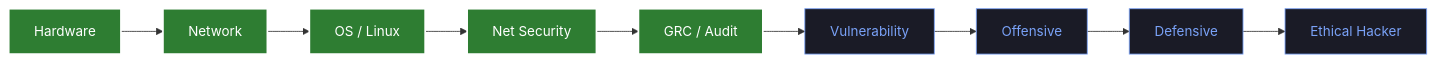
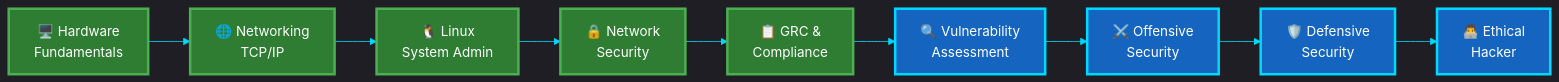
One commit to veera-crt/veera-crt changed the diagram in README.md. Above: the diagram before and after it, drawn with Mermaid. The commit also changed other lines of this file, not shown here.

````diff
--- a/README.md
+++ b/README.md
@@ -41,17 +124,22 @@
 ```mermaid
+%%{init: {'theme':'dark', 'themeVariables': { 'primaryColor':'#00d9ff','primaryTextColor':'#fff','primaryBorderColor':'#00d9ff','lineColor':'#00d9ff','secondaryColor':'#1a1e22','tertiaryColor':'#0d1117'}}}%%
 graph LR
-    A[Hardware] --> B[Network]
-    B --> C[OS / Linux]
-    C --> D[Net Security]
-    D --> E[GRC / Audit]
-    E --> F[Vulnerability]
-    F --> G[Offensive]
-    G --> H[Defensive]
-    H --> I[Ethical Hacker]
-
-    classDef done fill:#2e7d32,stroke:#fff,stroke-width:2px,color:#fff
-    classDef current fill:#1a1b26,stroke:#7aa2f7,stroke-width:1px,color:#7aa2f7
+    A[🖥️ Hardware<br/>Fundamentals] --> B[🌐 Networking<br/>TCP/IP]
+    B --> C[🐧 Linux<br/>System Admin]
+    C --> D[🔒 Network<br/>Security]
+    D --> E[📋 GRC &<br/>Compliance]
+    E --> F[🔍 Vulnerability<br/>Assessment]
+    F --> G[⚔️ Offensive<br/>Security]
+    G --> H[🛡️ Defensive<br/>Security]
+    H --> I[👨‍💻 Ethical<br/>Hacker]
     
-    class A,B,C,D,E done
-    class F,G,H,I current
+    style A fill:#2e7d32,stroke:#4caf50,stroke-width:3px,color:#fff
+    style B fill:#2e7d32,stroke:#4caf50,stroke-width:3px,color:#fff
+    style C fill:#2e7d32,stroke:#4caf50,stroke-width:3px,color:#fff
+    style D fill:#2e7d32,stroke:#4caf50,stroke-width:3px,color:#fff
+    style E fill:#2e7d32,stroke:#4caf50,stroke-width:3px,color:#fff
+    style F fill:#1565c0,stroke:#00d9ff,stroke-width:3px,color:#fff
+    style G fill:#1565c0,stroke:#00d9ff,stroke-width:3px,color:#fff
+    style H fill:#1565c0,stroke:#00d9ff,stroke-width:3px,color:#fff
+    style I fill:#1565c0,stroke:#00d9ff,stroke-width:3px,color:#fff
 ```
````
